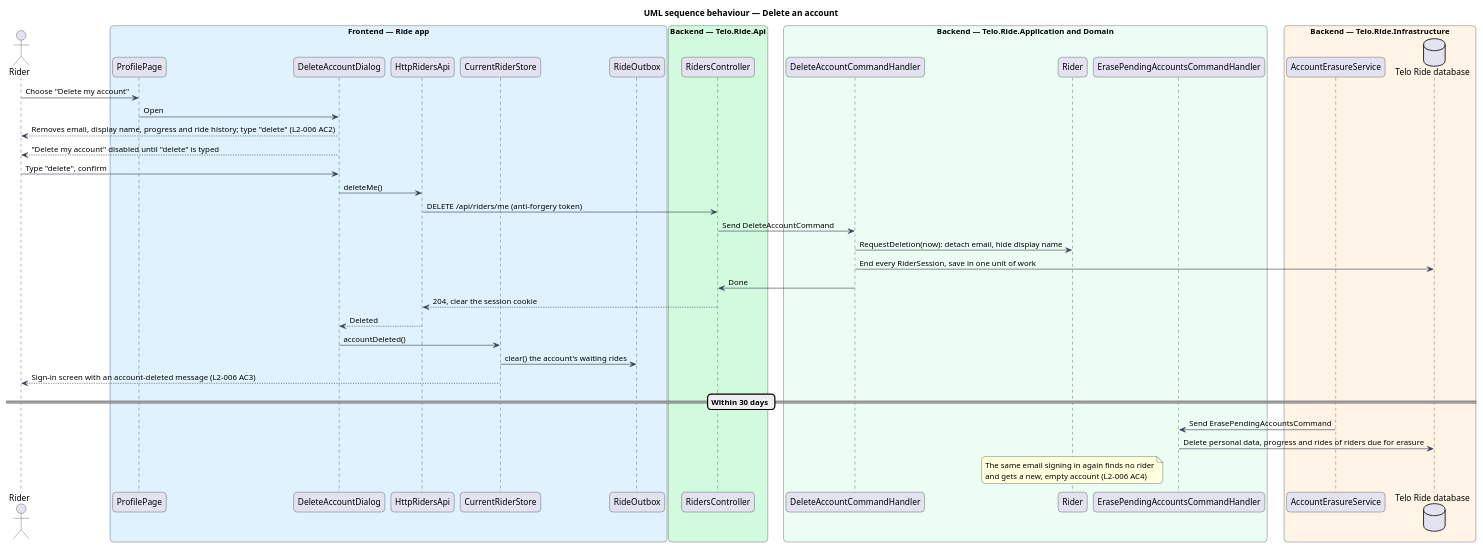
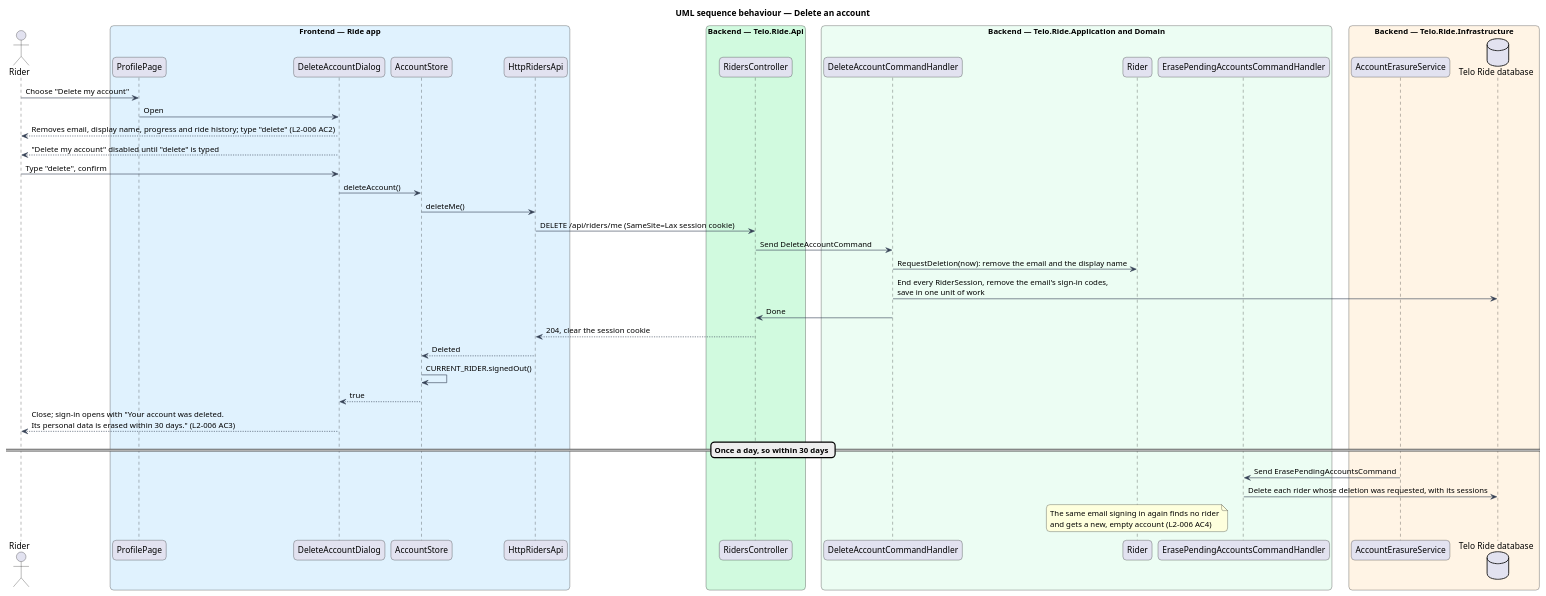
The diagram in docs/detailed-designs/accounts/sign-out-and-delete-an-account/diagrams/sequence-delete-account.puml (QuinntyneBrown/ride-one), drawn with PlantUML before and after one commit. The commit also changed 31 other files, not shown here.

First line of the commit message:
Draw and specify signing out and deleting an account

```diff
--- a/docs/detailed-designs/accounts/sign-out-and-delete-an-account/diagrams/sequence-delete-account.puml
+++ b/docs/detailed-designs/accounts/sign-out-and-delete-an-account/diagrams/sequence-delete-account.puml
@@ -1,57 +1,57 @@
 @startuml
 title UML sequence behaviour — Delete an account
 skinparam backgroundColor #FFFFFF
 skinparam shadowing false
 skinparam roundcorner 12
 skinparam defaultFontName Arial
 skinparam ArrowColor #344054
 skinparam rectangle {
   BorderColor #344054
   FontColor #101828
 }
 skinparam package {
   BorderColor #667085
   FontColor #101828
   BackgroundColor #F9FAFB
 }
 actor "Rider" as actor
 box "Frontend — Ride app" #E0F2FE
   participant "ProfilePage" as page
   participant "DeleteAccountDialog" as dialog
+  participant "AccountStore" as current
   participant "HttpRidersApi" as client
-  participant "CurrentRiderStore" as current
-  participant "RideOutbox" as outbox
 end box
 box "Backend — Telo.Ride.Api" #D1FADF
   participant "RidersController" as ctrl
 end box
 box "Backend — Telo.Ride.Application and Domain" #ECFDF3
   participant "DeleteAccountCommandHandler" as handler
   participant "Rider" as rider
   participant "ErasePendingAccountsCommandHandler" as erase
 end box
 box "Backend — Telo.Ride.Infrastructure" #FFF4E5
   participant "AccountErasureService" as job
   database "Telo Ride database" as db
 end box
 actor -> page : Choose "Delete my account"
 page -> dialog : Open
 dialog --> actor : Removes email, display name, progress and ride history; type "delete" (L2-006 AC2)
 dialog --> actor : "Delete my account" disabled until "delete" is typed
 actor -> dialog : Type "delete", confirm
-dialog -> client : deleteMe()
-client -> ctrl : DELETE /api/riders/me (anti-forgery token)
+dialog -> current : deleteAccount()
+current -> client : deleteMe()
+client -> ctrl : DELETE /api/riders/me (SameSite=Lax session cookie)
 ctrl -> handler : Send DeleteAccountCommand
-handler -> rider : RequestDeletion(now): detach email, hide display name
-handler -> db : End every RiderSession, save in one unit of work
+handler -> rider : RequestDeletion(now): remove the email and the display name
+handler -> db : End every RiderSession, remove the email's sign-in codes,\nsave in one unit of work
 handler -> ctrl : Done
 ctrl --> client : 204, clear the session cookie
-client --> dialog : Deleted
-dialog -> current : accountDeleted()
-current -> outbox : clear() the account's waiting rides
-current --> actor : Sign-in screen with an account-deleted message (L2-006 AC3)
-== Within 30 days ==
+client --> current : Deleted
+current -> current : CURRENT_RIDER.signedOut()
+current --> dialog : true
+dialog --> actor : Close; sign-in opens with "Your account was deleted.\nIts personal data is erased within 30 days." (L2-006 AC3)
+== Once a day, so within 30 days ==
 job -> erase : Send ErasePendingAccountsCommand
-erase -> db : Delete personal data, progress and rides of riders due for erasure
+erase -> db : Delete each rider whose deletion was requested, with its sessions
 note over rider : The same email signing in again finds no rider\nand gets a new, empty account (L2-006 AC4)
 @enduml
```
